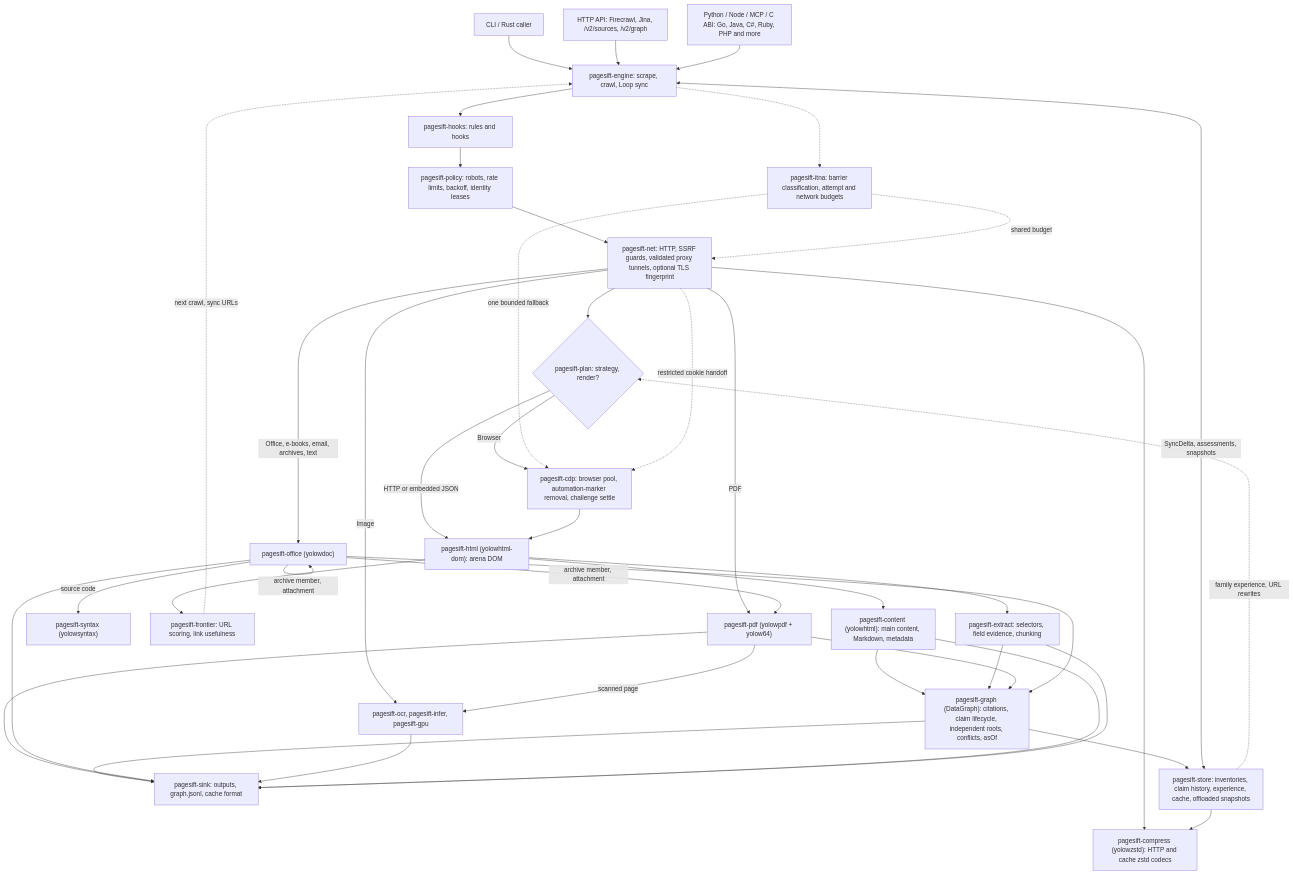
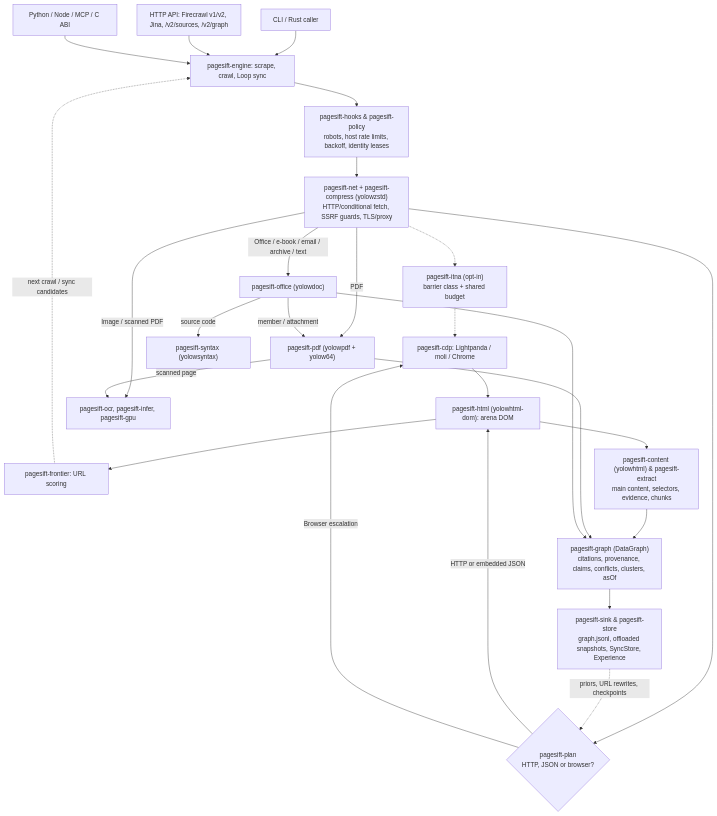
The first of 4 diagrams in README.md (YOLOW92/pagesift), drawn with Mermaid before and after one commit. The commit also changed other lines of this file and 77 other files, not shown here.

````diff
--- a/README.md
+++ b/README.md
@@ -237,43 +137,34 @@
 ```mermaid
 flowchart TD
     CLI["CLI / Rust caller"] --> Engine["pagesift-engine: scrape, crawl, Loop sync"]
-    HTTP["HTTP API: Firecrawl, Jina, /v2/sources, /v2/graph"] --> Engine
-    Bindings["Python / Node / MCP / C ABI: Go, Java, C#, Ruby, PHP and more"] --> Engine
-    Engine --> Hooks["pagesift-hooks: rules and hooks"]
-    Hooks --> Policy["pagesift-policy: robots, rate limits, backoff, identity leases"]
-    Policy --> Net["pagesift-net: HTTP, SSRF guards, validated proxy tunnels, optional TLS fingerprint"]
-    Net --> Plan{"pagesift-plan: strategy, render?"}
+    HTTP["HTTP API: Firecrawl v1/v2, Jina, /v2/sources, /v2/graph"] --> Engine
+    Bind["Python / Node / MCP / C ABI"] --> Engine
+
+    Engine --> Policy["pagesift-hooks & pagesift-policy<br/>robots, host rate limits, backoff, identity leases"]
+    Policy --> Net["pagesift-net + pagesift-compress (yolowzstd)<br/>HTTP/conditional fetch, SSRF guards, TLS/proxy"]
+    Net -.-> ITNA["pagesift-itna (opt-in)<br/>barrier class + shared budget"]
+    ITNA -.-> CDP
+
+    Net --> Plan{"pagesift-plan<br/>HTTP, JSON or browser?"}
     Plan -->|HTTP or embedded JSON| DOM["pagesift-html (yolowhtml-dom): arena DOM"]
-    Plan -->|Browser| CDP["pagesift-cdp: browser pool, automation-marker removal, challenge settle"]
+    Plan -->|Browser escalation| CDP["pagesift-cdp: Lightpanda / moli / Chrome"]
     CDP --> DOM
+
     Net -->|PDF| PDF["pagesift-pdf (yolowpdf + yolow64)"]
-    Net -->|Office, e-books, email, archives, text| Office["pagesift-office (yolowdoc)"]
-    Net -->|Image| OCR["pagesift-ocr, pagesift-infer, pagesift-gpu"]
-    Office -->|archive member, attachment| Office
-    Office -->|archive member, attachment| PDF
+    Net -->|Office / e-book / email / archive / text| Office["pagesift-office (yolowdoc)"]
+    Net -->|Image / scanned PDF| OCR["pagesift-ocr, pagesift-infer, pagesift-gpu"]
+    Office -->|member / attachment| PDF
     Office -->|source code| Syntax["pagesift-syntax (yolowsyntax)"]
     PDF -->|scanned page| OCR
-    DOM --> Frontier["pagesift-frontier: URL scoring, link usefulness"]
-    Frontier -.->|next crawl, sync URLs| Engine
-    DOM --> Content["pagesift-content (yolowhtml): main content, Markdown, metadata"]
-    DOM --> Extract["pagesift-extract: selectors, field evidence, chunking"]
-    Content --> Graph["pagesift-graph (DataGraph): citations, claim lifecycle, independent roots, conflicts, asOf"]
-    Extract --> Graph
+
+    DOM --> Frontier["pagesift-frontier: URL scoring"]
+    Frontier -.->|next crawl / sync candidates| Engine
+    DOM --> Content["pagesift-content (yolowhtml) & pagesift-extract<br/>main content, selectors, evidence, chunks"]
+
+    Content --> Graph["pagesift-graph (DataGraph)<br/>citations, provenance, claims, conflicts, clusters, asOf"]
     PDF --> Graph
     Office --> Graph
-    Graph --> Sink["pagesift-sink: outputs, graph.jsonl, cache format"]
-    PDF --> Sink
-    Office --> Sink
-    OCR --> Sink
-    Content --> Sink
-    Extract --> Sink
-    Graph --> Store["pagesift-store: inventories, claim history, experience, cache, offloaded snapshots"]
-    Engine <-->|SyncDelta, assessments, snapshots| Store
-    Store -.->|family experience, URL rewrites| Plan
-    Net --> Compress["pagesift-compress (yolowzstd): HTTP and cache zstd codecs"]
-    Store --> Compress
-    Engine -.-> ITNA["pagesift-itna: barrier classification, attempt and network budgets"]
-    ITNA -.->|shared budget| Net
-    ITNA -.->|one bounded fallback| CDP
-    Net -.->|restricted cookie handoff| CDP
+
+    Graph --> Out["pagesift-sink & pagesift-store<br/>graph.jsonl, offloaded snapshots, SyncStore, Experience"]
+    Out -.->|priors, URL rewrites, checkpoints| Plan
 ```
````
